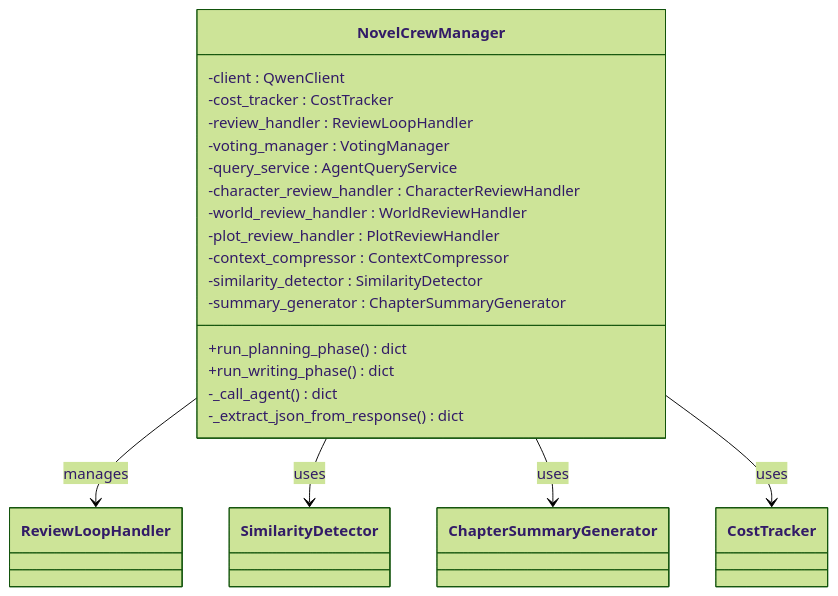
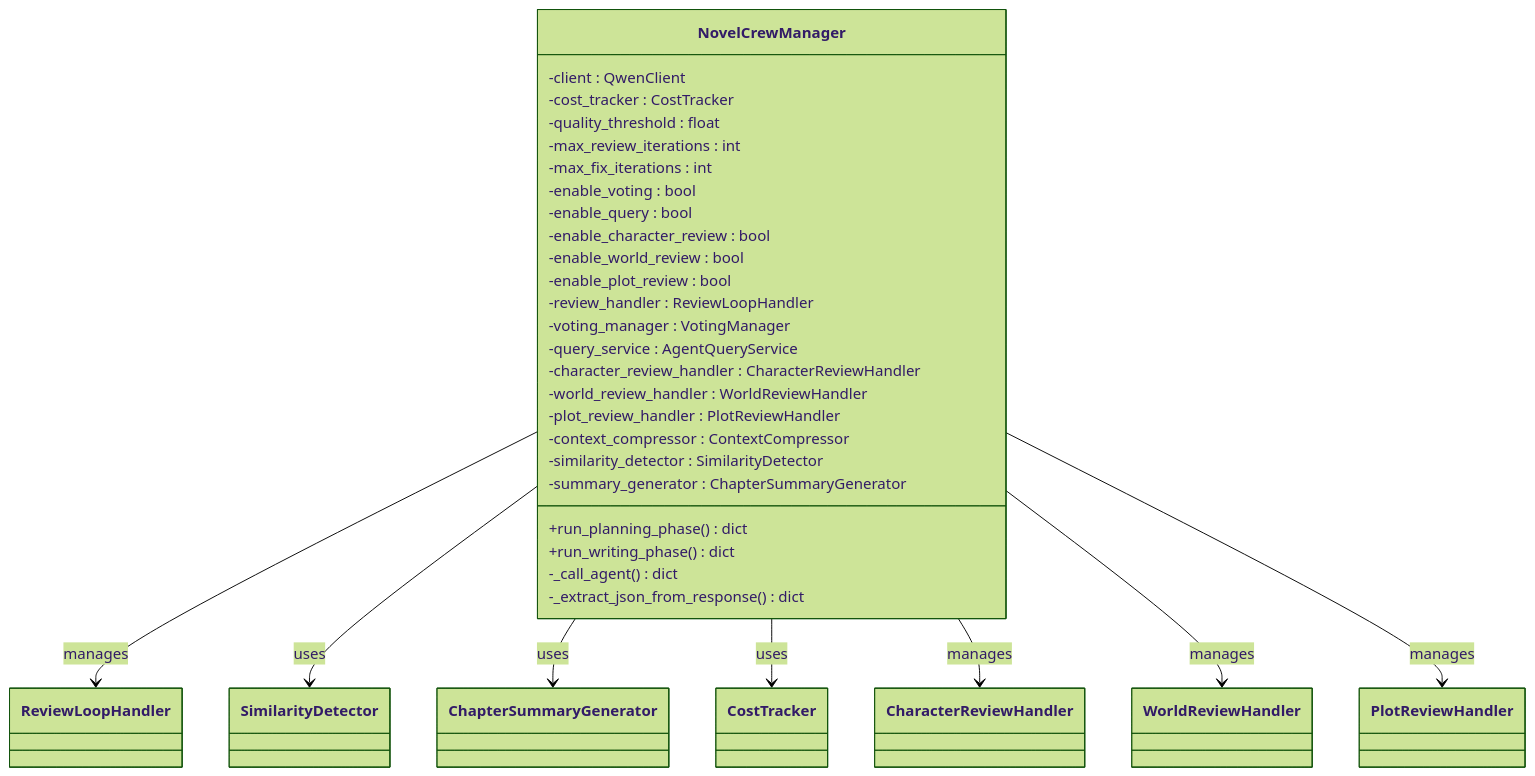
Before and after one commit to xfbyxq/ai-novel-system: the sixth of 12 diagrams in .qoder/repowiki/zh/content/AI智能体系统/质量保证系统.md, drawn with Mermaid (forest theme). The commit also changed other lines of this file and 5 other files, not shown here.

````diff
--- a/.qoder/repowiki/zh/content/AI智能体系统/质量保证系统.md
+++ b/.qoder/repowiki/zh/content/AI智能体系统/质量保证系统.md
@@ -222,24 +298,35 @@
 ```mermaid
 classDiagram
 class NovelCrewManager {
 -client : QwenClient
 -cost_tracker : CostTracker
+-quality_threshold : float
+-max_review_iterations : int
+-max_fix_iterations : int
+-enable_voting : bool
+-enable_query : bool
+-enable_character_review : bool
+-enable_world_review : bool
+-enable_plot_review : bool
 -review_handler : ReviewLoopHandler
 -voting_manager : VotingManager
 -query_service : AgentQueryService
 -character_review_handler : CharacterReviewHandler
 -world_review_handler : WorldReviewHandler
 -plot_review_handler : PlotReviewHandler
 -context_compressor : ContextCompressor
 -similarity_detector : SimilarityDetector
 -summary_generator : ChapterSummaryGenerator
 +run_planning_phase() dict
 +run_writing_phase() dict
 -_call_agent() dict
 -_extract_json_from_response() dict
 }
 NovelCrewManager --> ReviewLoopHandler : manages
 NovelCrewManager --> SimilarityDetector : uses
 NovelCrewManager --> ChapterSummaryGenerator : uses
 NovelCrewManager --> CostTracker : uses
+NovelCrewManager --> CharacterReviewHandler : manages
+NovelCrewManager --> WorldReviewHandler : manages
+NovelCrewManager --> PlotReviewHandler : manages
 ```
````
